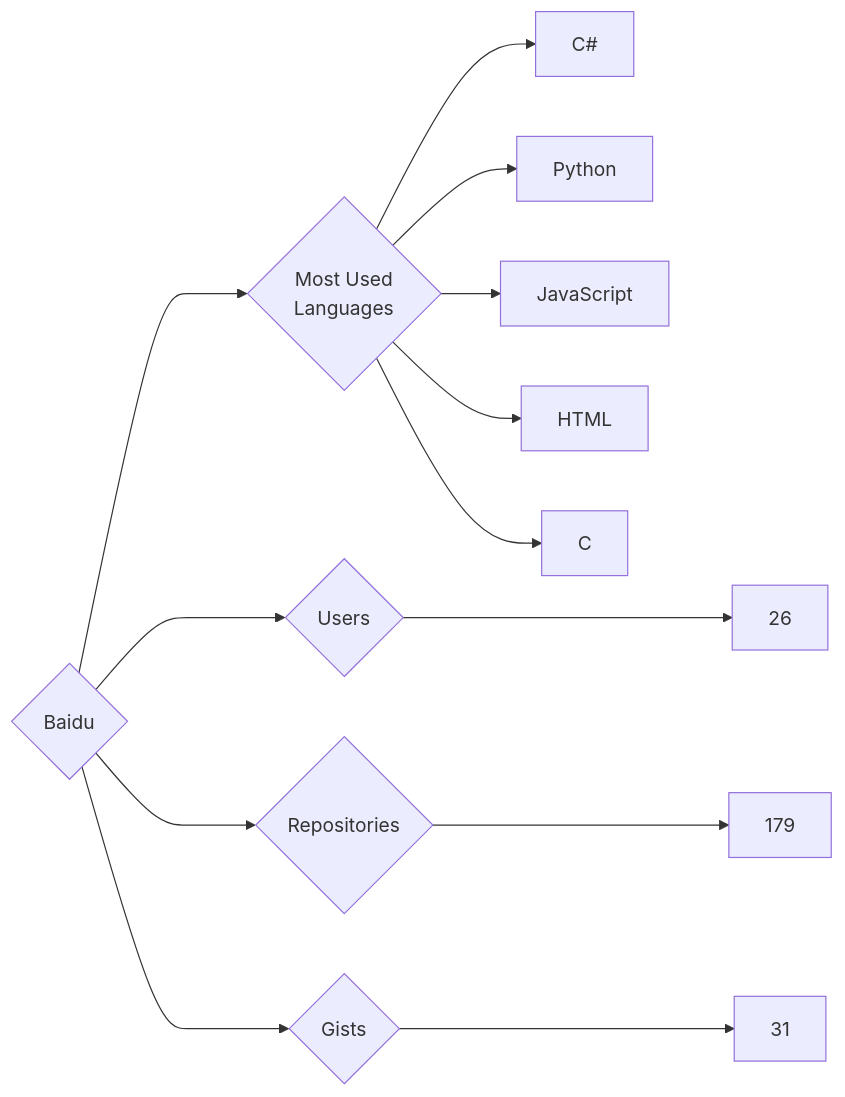
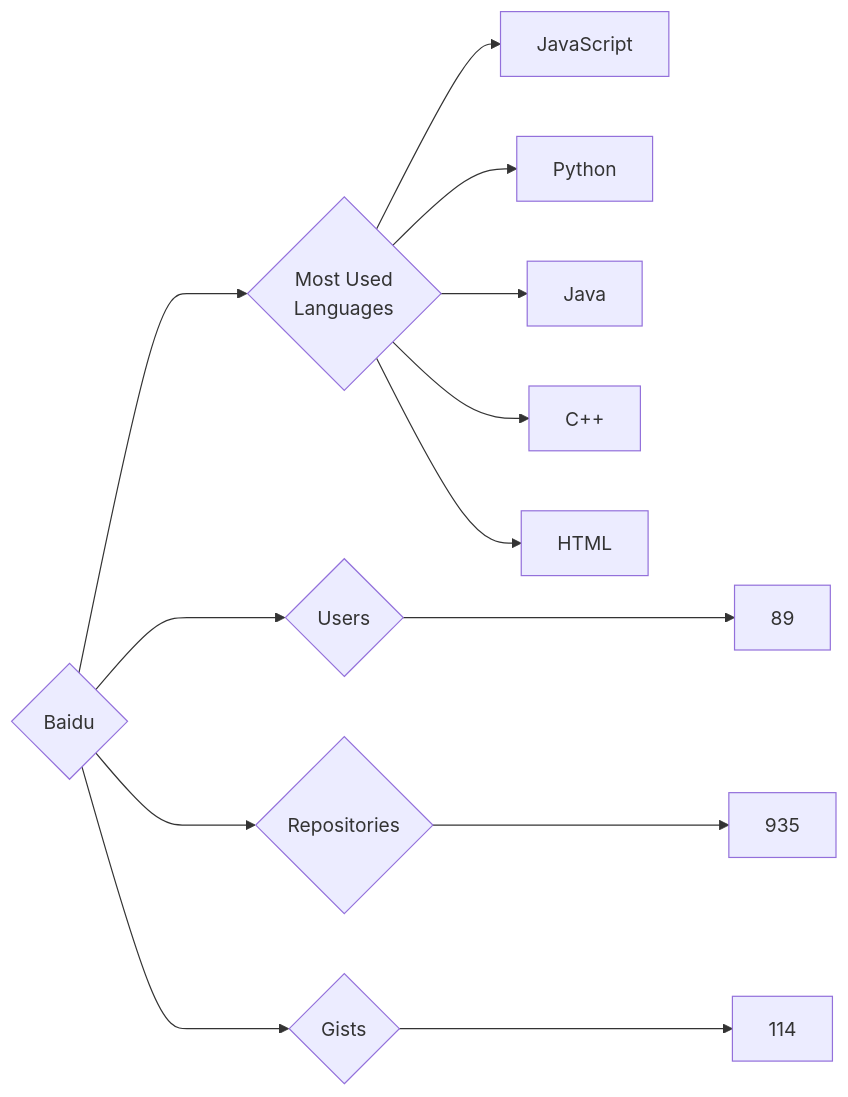
The diagram in targets/Baidu/README.md (trickest/insiders), drawn with Mermaid before and after one commit. The commit also changed 796 other files, not shown here.

````diff
--- a/targets/Baidu/README.md
+++ b/targets/Baidu/README.md
@@ -3,13 +3,13 @@
 ```mermaid
 graph LR
 COMPANY_NAME{Baidu}
-COMPANY_NAME ---> U{Users} ---> UN[26]
-COMPANY_NAME ---> R{Repositories} ---> RN[179]
-COMPANY_NAME ---> G{Gists} ---> GN[31]
+COMPANY_NAME ---> U{Users} ---> UN[89]
+COMPANY_NAME ---> R{Repositories} ---> RN[935]
+COMPANY_NAME ---> G{Gists} ---> GN[114]
 COMPANY_NAME ---> ML{Most Used<br>Languages}
-ML --> C#[C#]
+ML --> JavaScript[JavaScript]
 ML --> Python[Python]
-ML --> JavaScript[JavaScript]
+ML --> Java[Java]
+ML --> C++[C++]
 ML --> HTML[HTML]
-ML --> C[C]
 ```
````
